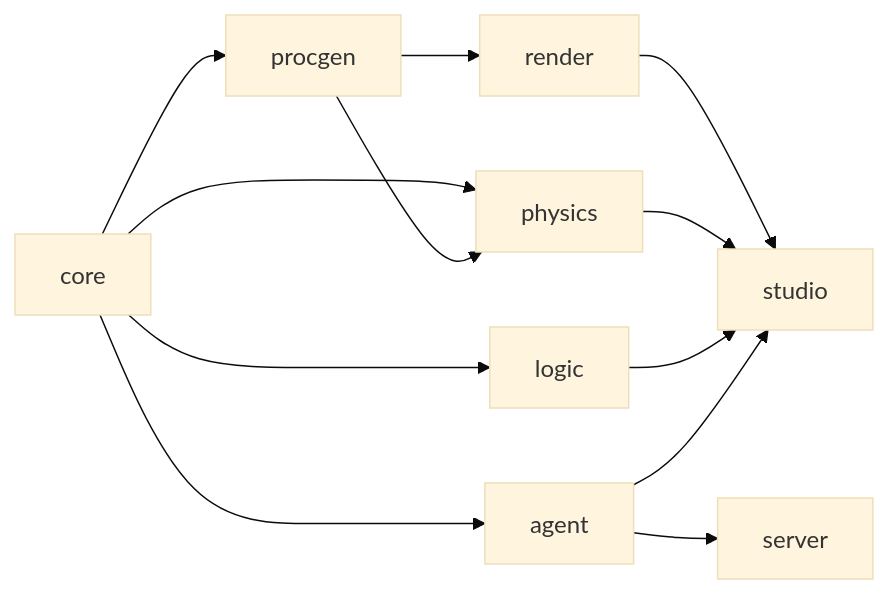
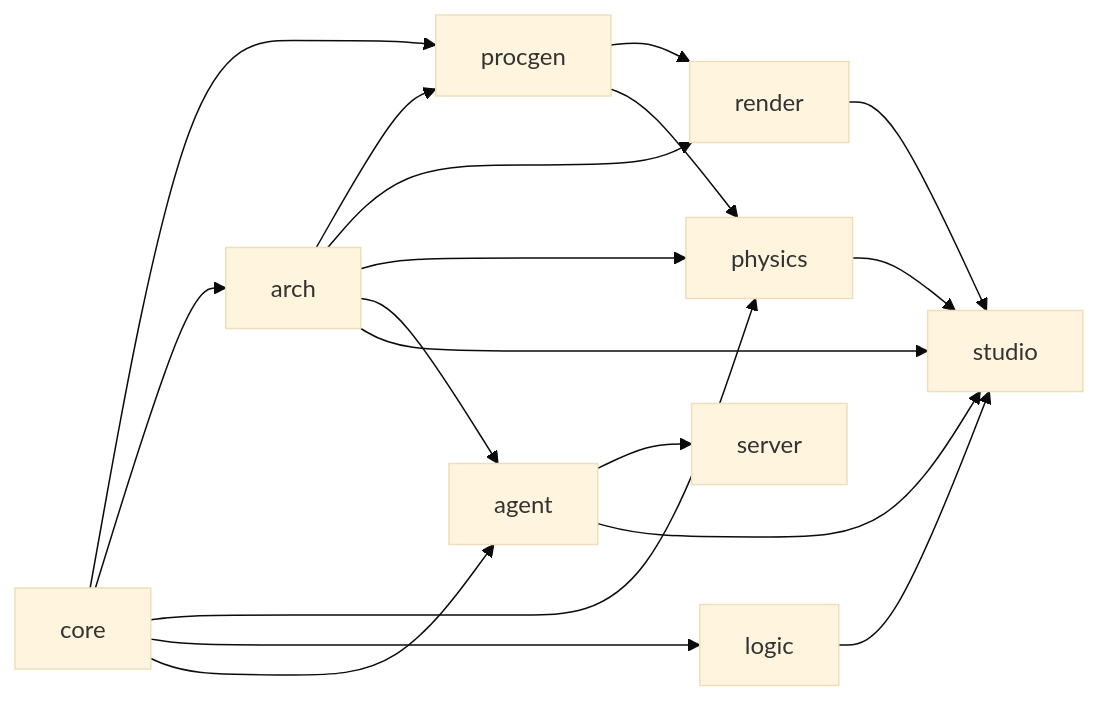
The first of 2 diagrams in docs/ARCHITECTURE.md (StarAtNyte/aether), drawn with Mermaid (base theme) before and after one commit. The commit also changed other lines of this file and 8 other files, not shown here.

First line of the commit message:
wip: checkpoint of parallel build progress (agent,arch,docs,render)

````diff
--- a/docs/ARCHITECTURE.md
+++ b/docs/ARCHITECTURE.md
@@ -64,9 +66,14 @@
 ```mermaid
 flowchart LR
     core --> procgen --> render --> studio
+    core --> arch --> procgen
+    arch --> render
+    arch --> physics
+    arch --> agent
+    arch --> studio
     core --> physics --> studio
     procgen --> physics
     core --> logic --> studio
     core --> agent --> server
     agent --> studio
 ```
````
